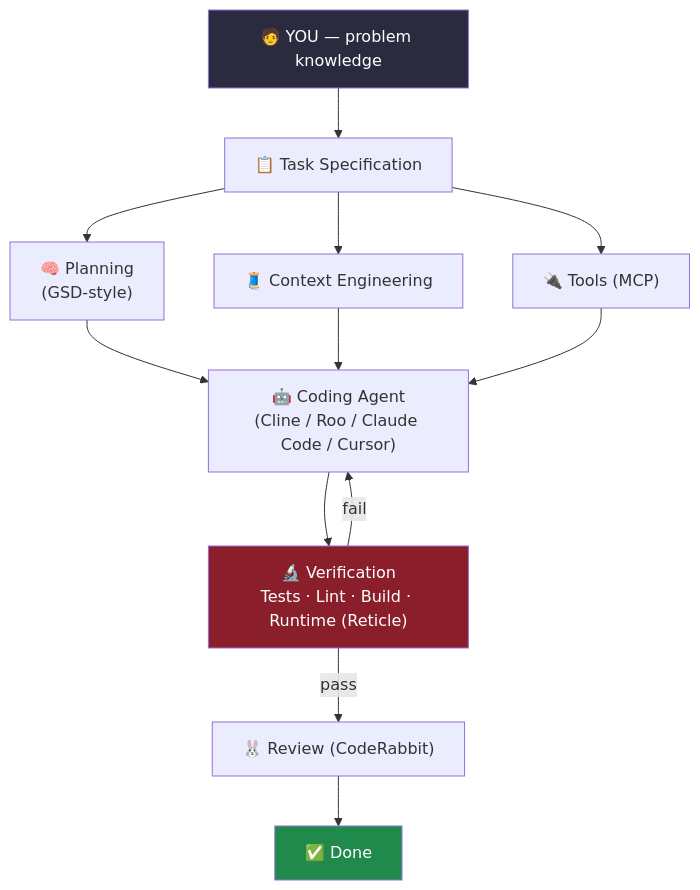
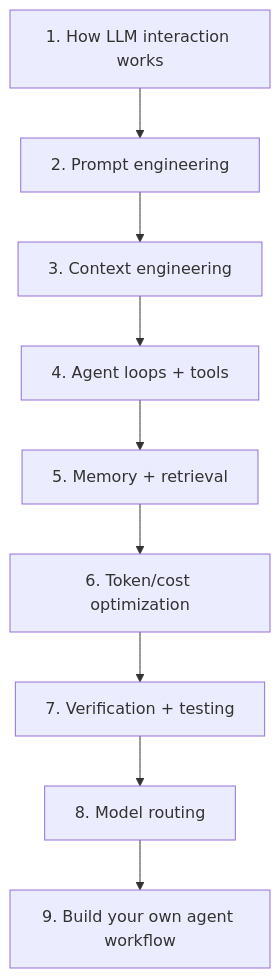
One commit to ayushman-glb/ai-engineering-playbook changed the second of 32 diagrams in Ai_optimization_guide.md. Above: the diagram before and after it, drawn with Mermaid. The commit also changed other lines of this file, not shown here.

````diff
--- a/Ai_optimization_guide.md
+++ b/Ai_optimization_guide.md
@@ -37,18 +165,11 @@
 ```mermaid
 flowchart TD
-    A["🧑 YOU — problem knowledge"] --> B["📋 Task Specification"]
-    B --> C["🧠 Planning<br/>(GSD-style)"]
-    B --> D["🧵 Context Engineering"]
-    B --> E["🔌 Tools (MCP)"]
-    C --> F["🤖 Coding Agent<br/>(Cline / Roo / Claude Code / Cursor)"]
-    D --> F
-    E --> F
-    F --> G["🔬 Verification<br/>Tests · Lint · Build · Runtime (Reticle)"]
-    G -->|fail| F
-    G -->|pass| H["🐰 Review (CodeRabbit)"]
-    H --> I["✅ Done"]
-
-    style A fill:#2b2b40,color:#fff
-    style I fill:#1f8a4c,color:#fff
-    style G fill:#8a1f2b,color:#fff
+    A["1. How LLM interaction works"] --> B["2. Prompt engineering"]
+    B --> C["3. Context engineering"]
+    C --> D["4. Agent loops + tools"]
+    D --> E["5. Memory + retrieval"]
+    E --> F["6. Token/cost optimization"]
+    F --> G["7. Verification + testing"]
+    G --> H["8. Model routing"]
+    H --> I["9. Build your own agent workflow"]
 ```
````
